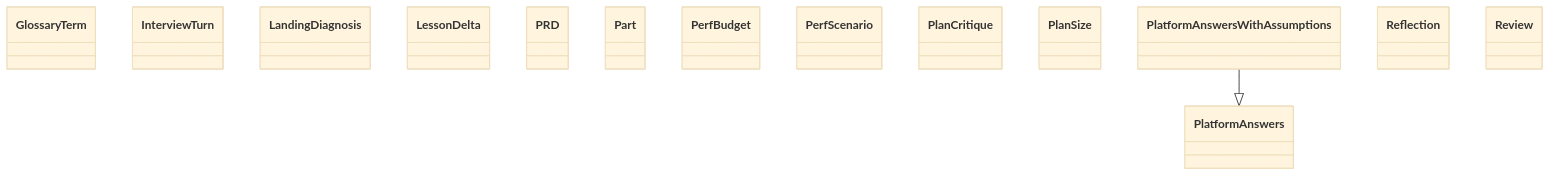
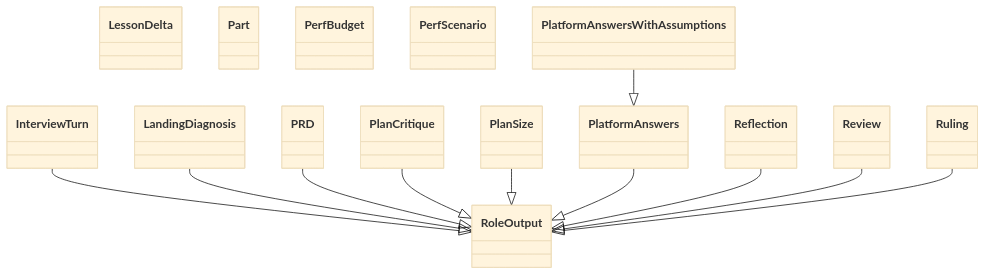
One commit to GonzaloZevallos/agentic-system changed the diagram in docs/architecture/generated/classes-process-domain-roles-3.md. Above: the diagram before and after it, drawn with Mermaid (base theme). The commit also changed other lines of this file and 4 other files, not shown here.

Commit message:
Regenerate the roles class diagrams and format the schema test

````diff
--- a/docs/architecture/generated/classes-process-domain-roles-3.md
+++ b/docs/architecture/generated/classes-process-domain-roles-3.md
@@ -27,18 +27,28 @@
 ```mermaid
 classDiagram
-    class schemas__GlossaryTerm["GlossaryTerm"]
     class schemas__InterviewTurn["InterviewTurn"]
     class schemas__LandingDiagnosis["LandingDiagnosis"]
     class schemas__LessonDelta["LessonDelta"]
     class schemas__PRD["PRD"]
     class schemas__Part["Part"]
     class schemas__PerfBudget["PerfBudget"]
     class schemas__PerfScenario["PerfScenario"]
     class schemas__PlanCritique["PlanCritique"]
     class schemas__PlanSize["PlanSize"]
     class schemas__PlatformAnswers["PlatformAnswers"]
     class schemas__PlatformAnswersWithAssumptions["PlatformAnswersWithAssumptions"]
     class schemas__Reflection["Reflection"]
     class schemas__Review["Review"]
+    class schemas__RoleOutput["RoleOutput"]
+    class schemas__Ruling["Ruling"]
+    schemas__InterviewTurn --|> schemas__RoleOutput
+    schemas__LandingDiagnosis --|> schemas__RoleOutput
+    schemas__PRD --|> schemas__RoleOutput
+    schemas__PlanCritique --|> schemas__RoleOutput
+    schemas__PlanSize --|> schemas__RoleOutput
+    schemas__PlatformAnswers --|> schemas__RoleOutput
     schemas__PlatformAnswersWithAssumptions --|> schemas__PlatformAnswers
+    schemas__Reflection --|> schemas__RoleOutput
+    schemas__Review --|> schemas__RoleOutput
+    schemas__Ruling --|> schemas__RoleOutput
 ```
````
